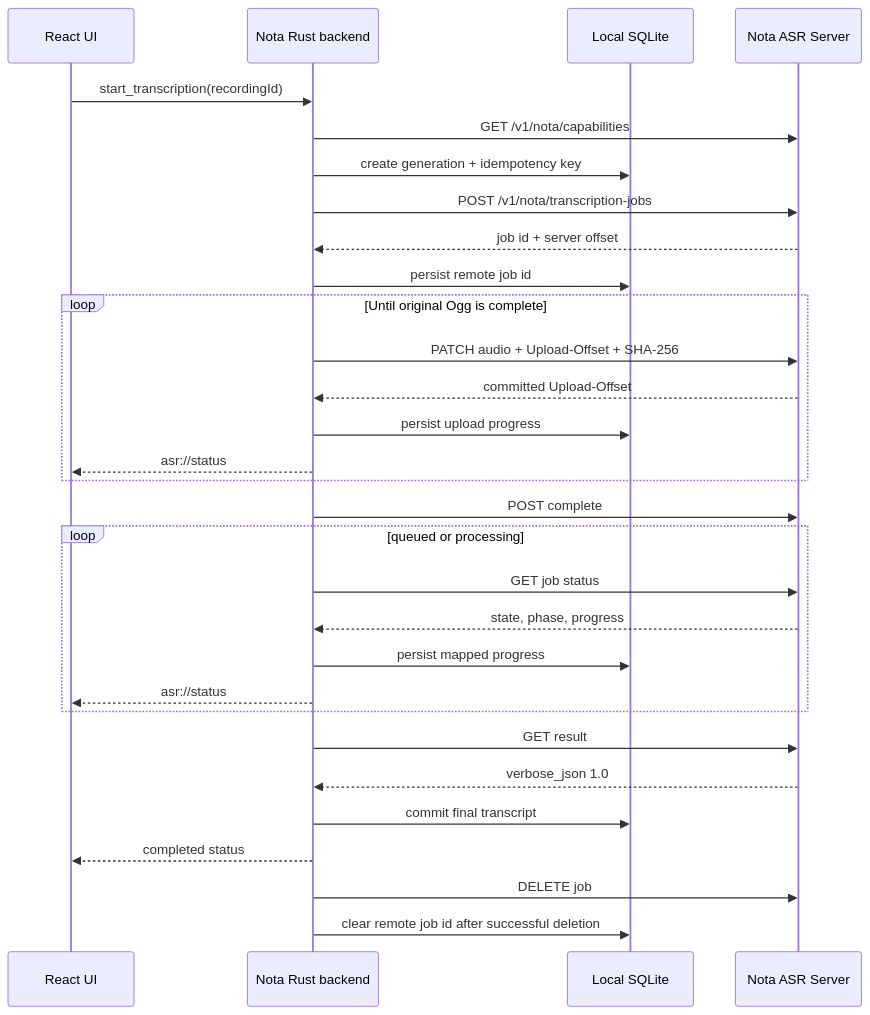
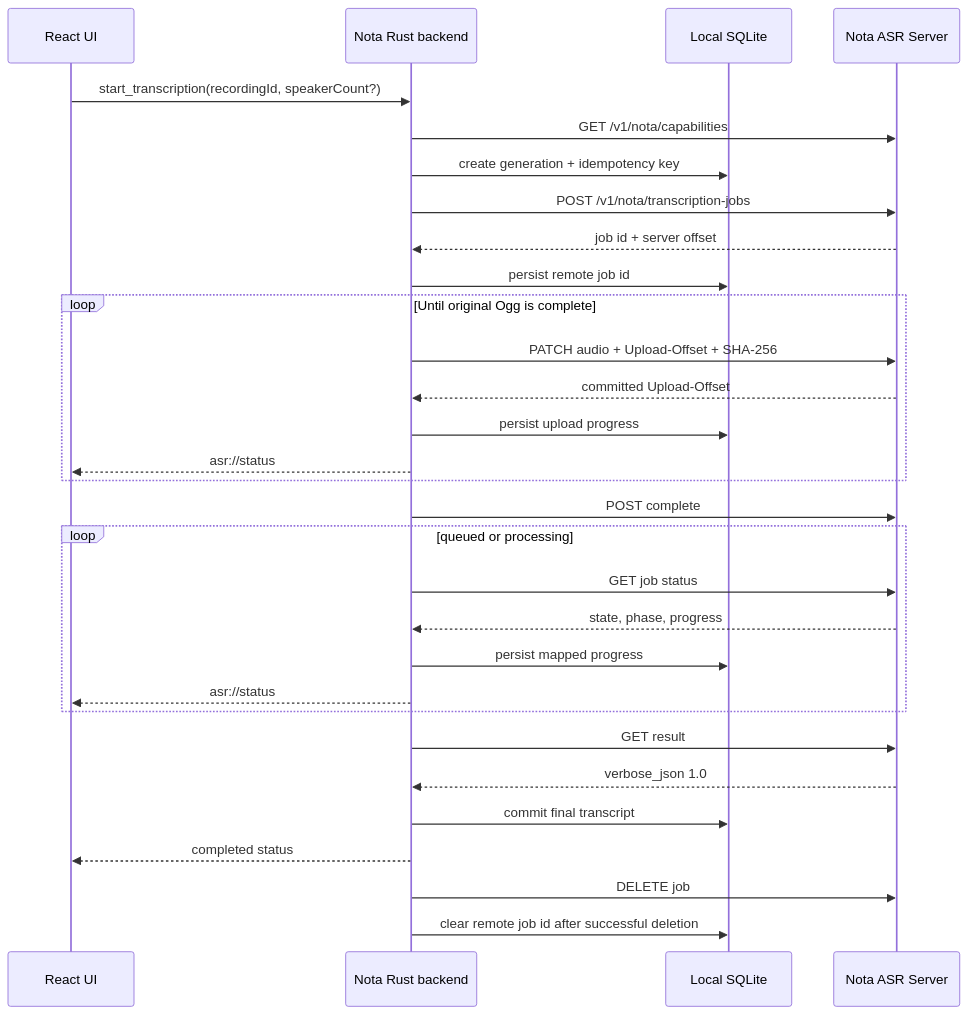
Before and after one commit to kwp-lab/nota: the diagram in docs/asr-integration.md, drawn with Mermaid. The commit also changed other lines of this file and 18 other files, not shown here.

Commit message:
feat: add per-job speaker count controls

````diff
--- a/docs/asr-integration.md
+++ b/docs/asr-integration.md
@@ -80,36 +90,36 @@
 ```mermaid
 sequenceDiagram
     participant UI as React UI
     participant Rust as Nota Rust backend
     participant DB as Local SQLite
     participant ASR as Nota ASR Server
 
-    UI->>Rust: start_transcription(recordingId)
+    UI->>Rust: start_transcription(recordingId, speakerCount?)
     Rust->>ASR: GET /v1/nota/capabilities
     Rust->>DB: create generation + idempotency key
     Rust->>ASR: POST /v1/nota/transcription-jobs
     ASR-->>Rust: job id + server offset
     Rust->>DB: persist remote job id
 
     loop Until original Ogg is complete
         Rust->>ASR: PATCH audio + Upload-Offset + SHA-256
         ASR-->>Rust: committed Upload-Offset
         Rust->>DB: persist upload progress
         Rust-->>UI: asr://status
     end
 
     Rust->>ASR: POST complete
     loop queued or processing
         Rust->>ASR: GET job status
         ASR-->>Rust: state, phase, progress
         Rust->>DB: persist mapped progress
         Rust-->>UI: asr://status
     end
 
     Rust->>ASR: GET result
     ASR-->>Rust: verbose_json 1.0
     Rust->>DB: commit final transcript
     Rust-->>UI: completed status
     Rust->>ASR: DELETE job
     Rust->>DB: clear remote job id after successful deletion
 ```
````
